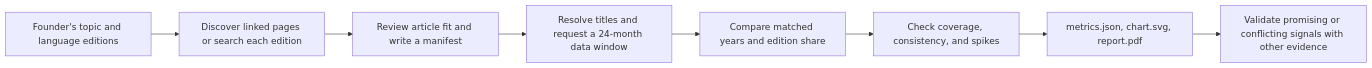
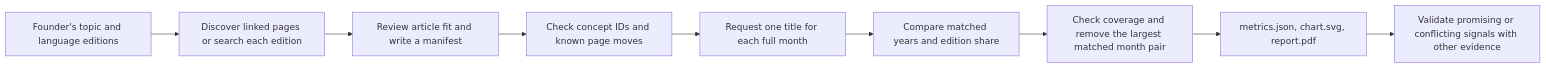
One commit to KWATAna/wikipedia-interest changed the diagram in README.md. Above: the diagram before and after it, drawn with Mermaid. The commit also changed other lines of this file and 21 other files, not shown here.

````diff
--- a/README.md
+++ b/README.md
@@ -26,10 +26,11 @@
 ```mermaid
 flowchart LR
     A[Founder's topic and language editions] --> B[Discover linked pages or search each edition]
     B --> C[Review article fit and write a manifest]
-    C --> D[Resolve titles and request a 24-month data window]
-    D --> E[Compare matched years and edition share]
-    E --> F[Check coverage, consistency, and spikes]
+    C --> D[Check concept IDs and known page moves]
+    D --> I[Request one title for each full month]
+    I --> E[Compare matched years and edition share]
+    E --> F[Check coverage and remove the largest matched month pair]
     F --> G[metrics.json, chart.svg, report.pdf]
     G --> H[Validate promising or conflicting signals with other evidence]
 ```
````
